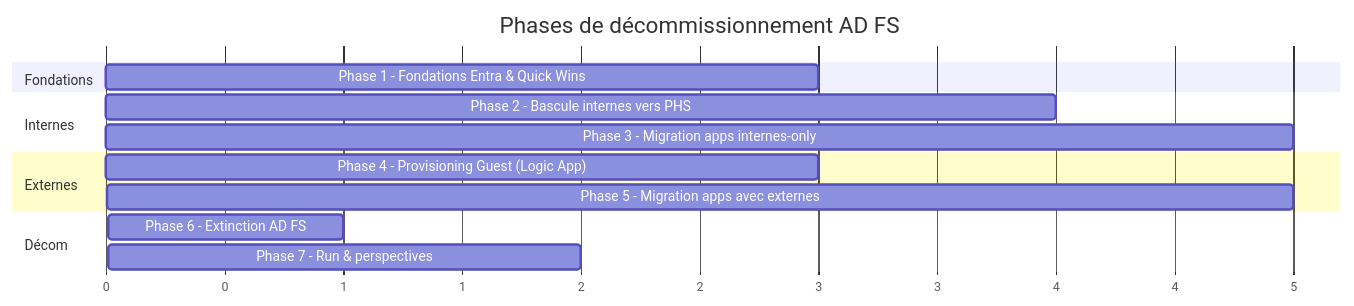
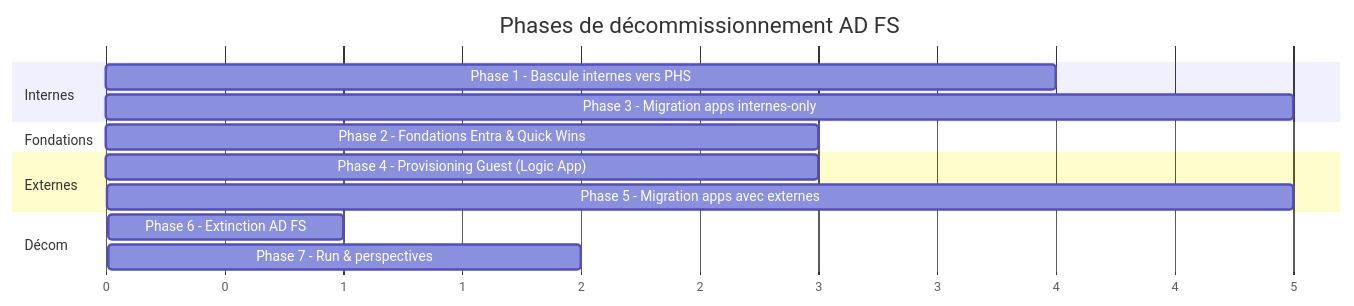
Before and after one commit to 0xMati/Tech-Blog: the diagram in _Work in progress/ADFS-Decommission-Roadmap.md, drawn with Mermaid. The commit also changed other lines of this file, not shown here.

````diff
--- a/_Work in progress/ADFS-Decommission-Roadmap.md
+++ b/_Work in progress/ADFS-Decommission-Roadmap.md
@@ -72,17 +74,17 @@
 ```mermaid
 gantt
     title Phases de décommissionnement AD FS
     dateFormat X
     axisFormat %s
+    section Internes
+    Phase 1 - Bascule internes vers PHS       :a1, 0, 4
+    Phase 3 - Migration apps internes-only    :a3, 2, 5
     section Fondations
-    Phase 1 - Fondations Entra & Quick Wins   :a1, 0, 3
-    section Internes
-    Phase 2 - Bascule internes vers PHS       :a2, 0, 4
-    Phase 3 - Migration apps internes-only    :a3, 2, 5
+    Phase 2 - Fondations Entra & Quick Wins   :a2, 0, 3
     section Externes
     Phase 4 - Provisioning Guest (Logic App)  :b1, 2, 3
     Phase 5 - Migration apps avec externes    :b2, 5, 5
     section Décom
     Phase 6 - Extinction AD FS                :c1, 10, 1
     Phase 7 - Run & perspectives              :c2, 11, 2
 ```
````
